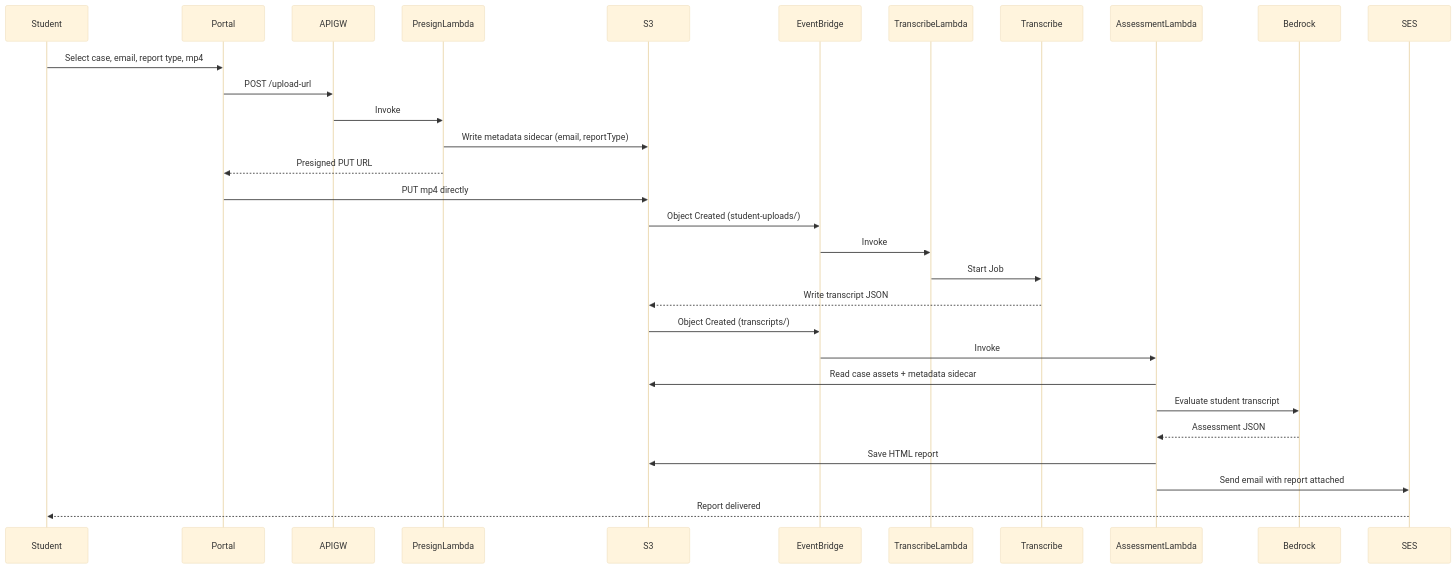
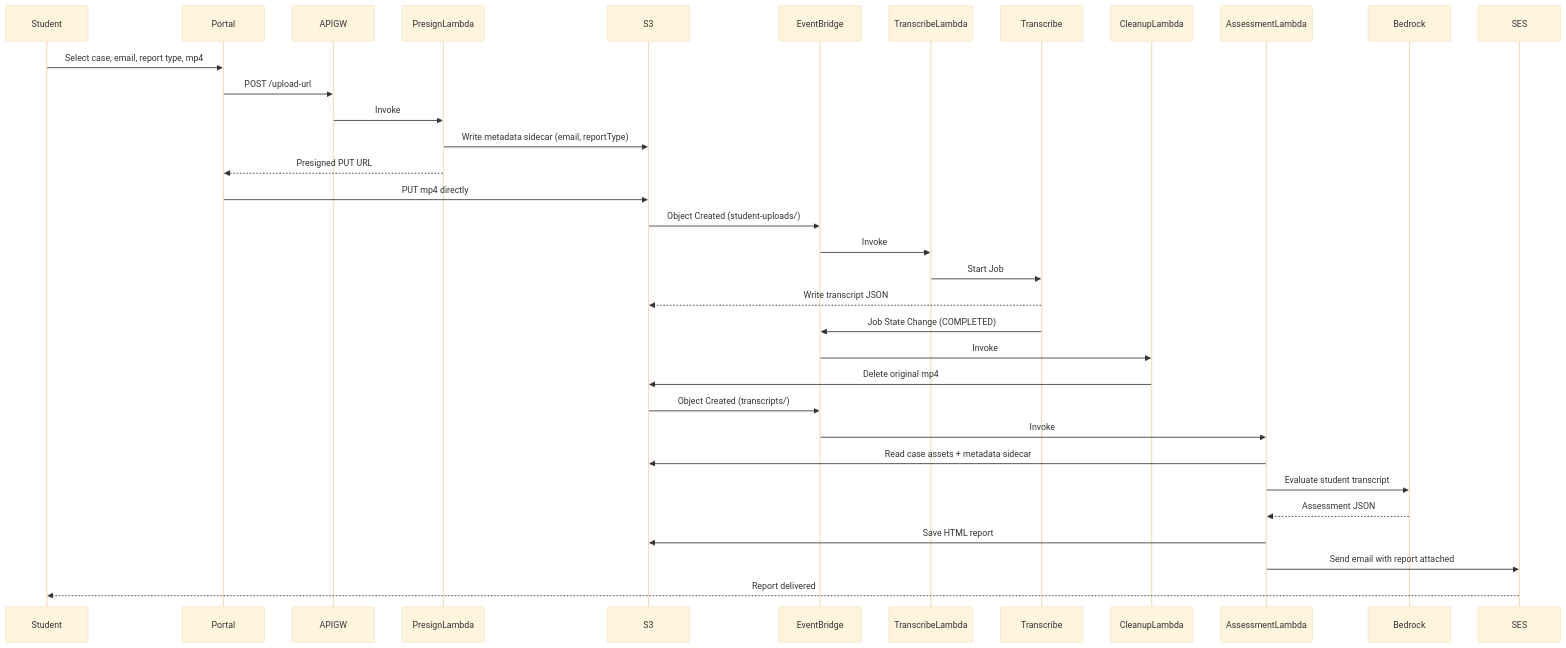
One commit to pratap-rajan/dental-ai-tutor changed the second of 3 diagrams in README.md. Above: the diagram before and after it, drawn with Mermaid (base theme). The commit also changed other lines of this file, not shown here.

First line of the commit message:
Enhance README with recording cleanup flow and Lambda updates

````diff
--- a/README.md
+++ b/README.md
@@ -163,37 +174,42 @@
 ```mermaid
 sequenceDiagram
 
 participant Student
 participant Portal
 participant APIGW
 participant PresignLambda
 participant S3
 participant EventBridge
 participant TranscribeLambda
 participant Transcribe
+participant CleanupLambda
 participant AssessmentLambda
 participant Bedrock
 participant SES
 
 Student->>Portal: Select case, email, report type, mp4
 Portal->>APIGW: POST /upload-url
 APIGW->>PresignLambda: Invoke
 PresignLambda->>S3: Write metadata sidecar (email, reportType)
 PresignLambda-->>Portal: Presigned PUT URL
 
 Portal->>S3: PUT mp4 directly
 
 S3->>EventBridge: Object Created (student-uploads/)
 EventBridge->>TranscribeLambda: Invoke
 TranscribeLambda->>Transcribe: Start Job
 Transcribe-->>S3: Write transcript JSON
 
+Transcribe->>EventBridge: Job State Change (COMPLETED)
+EventBridge->>CleanupLambda: Invoke
+CleanupLambda->>S3: Delete original mp4
+
 S3->>EventBridge: Object Created (transcripts/)
 EventBridge->>AssessmentLambda: Invoke
 AssessmentLambda->>S3: Read case assets + metadata sidecar
 AssessmentLambda->>Bedrock: Evaluate student transcript
 Bedrock-->>AssessmentLambda: Assessment JSON
 AssessmentLambda->>S3: Save HTML report
 AssessmentLambda->>SES: Send email with report attached
 SES-->>Student: Report delivered
 ```
````
